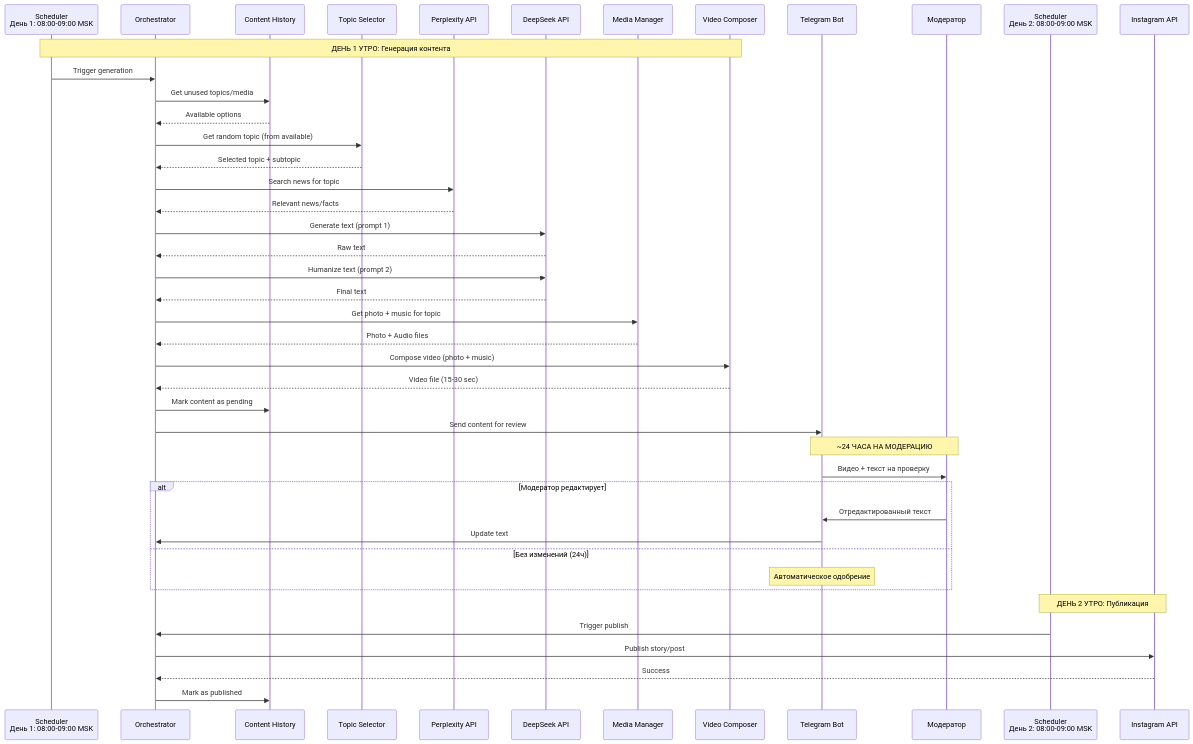
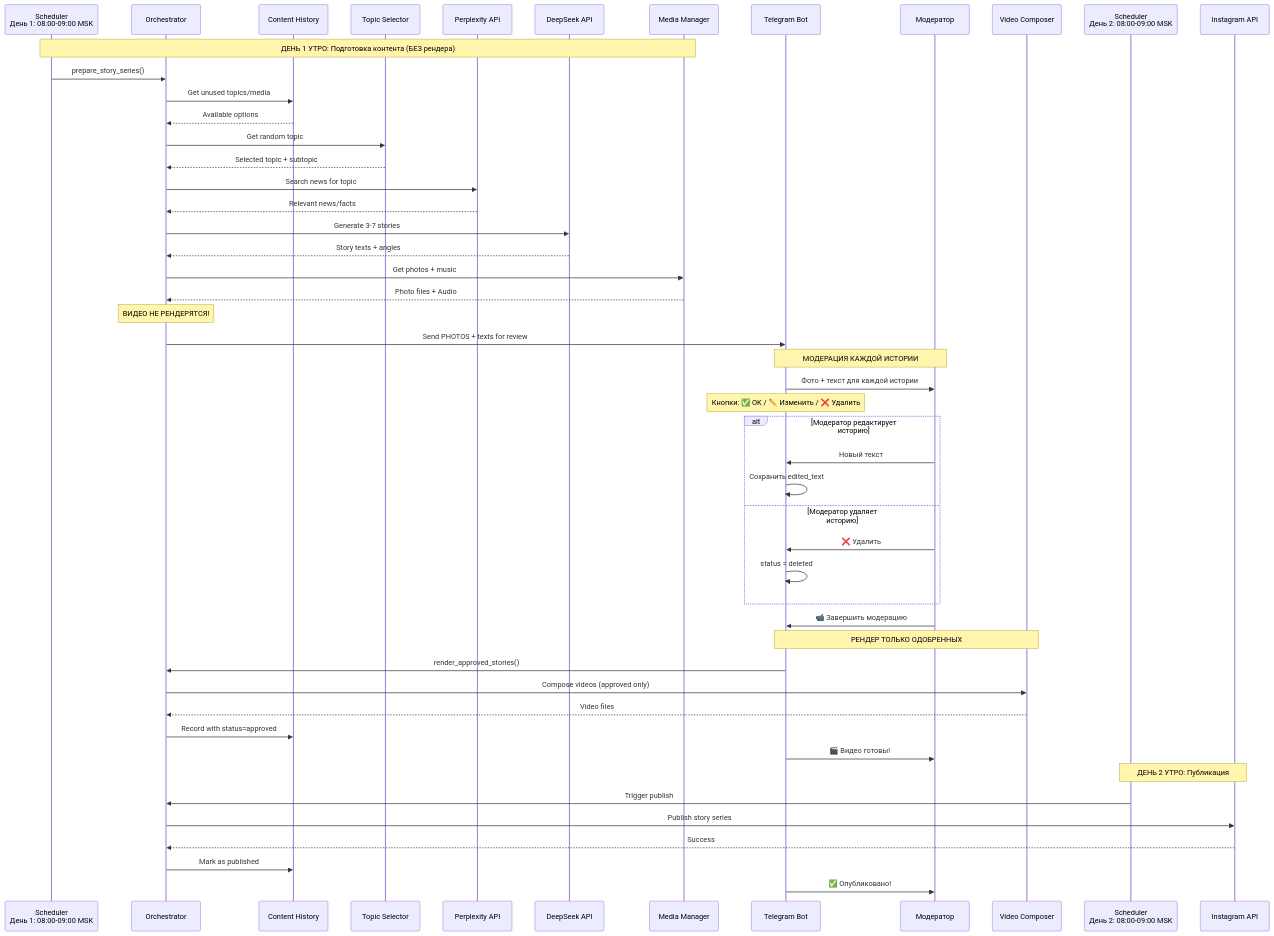
The second of 4 diagrams in docs/PROJECT_PLAN.md (aozhuravlev/--TOURS--), drawn with Mermaid before and after one commit. The commit also changed other lines of this file and 6 other files, not shown here.

First line of the commit message:
Refactor moderation: photo+text review before video rendering

````diff
--- a/docs/PROJECT_PLAN.md
+++ b/docs/PROJECT_PLAN.md
@@ -59,60 +59,68 @@
 ```mermaid
 sequenceDiagram
     participant CronGen as Scheduler<br/>День 1: 08:00-09:00 MSK
     participant Orch as Orchestrator
     participant History as Content History
     participant Topics as Topic Selector
     participant News as Perplexity API
     participant Text as DeepSeek API
     participant Media as Media Manager
-    participant Video as Video Composer
     participant TG as Telegram Bot
     participant Mod as Модератор
+    participant Video as Video Composer
     participant CronPub as Scheduler<br/>День 2: 08:00-09:00 MSK
     participant IG as Instagram API
 
-    Note over CronGen,Video: ДЕНЬ 1 УТРО: Генерация контента
+    Note over CronGen,Media: ДЕНЬ 1 УТРО: Подготовка контента (БЕЗ рендера)
 
-    CronGen->>Orch: Trigger generation
+    CronGen->>Orch: prepare_story_series()
     Orch->>History: Get unused topics/media
     History-->>Orch: Available options
 
-    Orch->>Topics: Get random topic (from available)
+    Orch->>Topics: Get random topic
     Topics-->>Orch: Selected topic + subtopic
 
     Orch->>News: Search news for topic
     News-->>Orch: Relevant news/facts
 
-    Orch->>Text: Generate text (prompt 1)
-    Text-->>Orch: Raw text
+    Orch->>Text: Generate 3-7 stories
+    Text-->>Orch: Story texts + angles
 
-    Orch->>Text: Humanize text (prompt 2)
-    Text-->>Orch: Final text
+    Orch->>Media: Get photos + music
+    Media-->>Orch: Photo files + Audio
 
-    Orch->>Media: Get photo + music for topic
-    Media-->>Orch: Photo + Audio files
+    Note over Orch: ВИДЕО НЕ РЕНДЕРЯТСЯ!
 
-    Orch->>Video: Compose video (photo + music)
-    Video-->>Orch: Video file (15-30 sec)
+    Orch->>TG: Send PHOTOS + texts for review
 
-    Orch->>History: Mark content as pending
-    Orch->>TG: Send content for review
+    Note over TG,Mod: МОДЕРАЦИЯ КАЖДОЙ ИСТОРИИ
 
-    Note over TG,Mod: ~24 ЧАСА НА МОДЕРАЦИЮ
+    TG->>Mod: Фото + текст для каждой истории
+    Note over TG: Кнопки: ✅ OK / ✏️ Изменить / ❌ Удалить
 
-    TG->>Mod: Видео + текст на проверку
+    alt Модератор редактирует историю
+        Mod->>TG: Новый текст
+        TG->>TG: Сохранить edited_text
+    else Модератор удаляет историю
+        Mod->>TG: ❌ Удалить
+        TG->>TG: status = deleted
+    end
 
-    alt Модератор редактирует
-        Mod->>TG: Отредактированный текст
-        TG->>Orch: Update text
-    else Без изменений (24ч)
-        Note over TG: Автоматическое одобрение
-    end
+    Mod->>TG: 📹 Завершить модерацию
+
+    Note over TG,Video: РЕНДЕР ТОЛЬКО ОДОБРЕННЫХ
+
+    TG->>Orch: render_approved_stories()
+    Orch->>Video: Compose videos (approved only)
+    Video-->>Orch: Video files
+    Orch->>History: Record with status=approved
+    TG->>Mod: 🎬 Видео готовы!
 
     Note over CronPub,IG: ДЕНЬ 2 УТРО: Публикация
 
     CronPub->>Orch: Trigger publish
-    Orch->>IG: Publish story/post
+    Orch->>IG: Publish story series
     IG-->>Orch: Success
     Orch->>History: Mark as published
+    TG->>Mod: ✅ Опубликовано!
 ```
````
